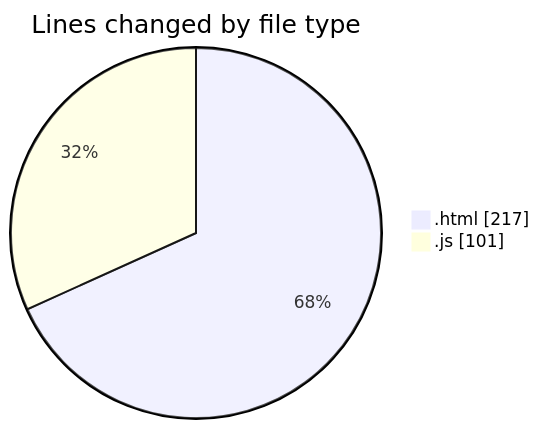
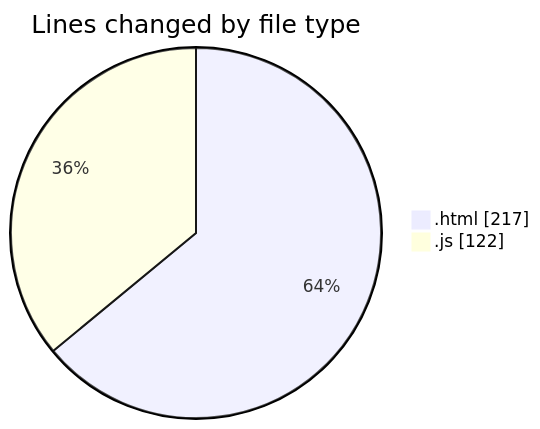
One commit to nxtqubesakshisongat/code-tracking changed the first of 2 diagrams in 2025-10-25/javacript/README.md. Above: the diagram before and after it, drawn with Mermaid. The commit also changed other lines of this file and 1 other file, not shown here.

````diff
--- a/2025-10-25/javacript/README.md
+++ b/2025-10-25/javacript/README.md
@@ -22,6 +22,6 @@
 ```mermaid
 pie showData
 title Lines changed by file type
 ".html" : 217
-".js" : 101
+".js" : 122
 ```
````
